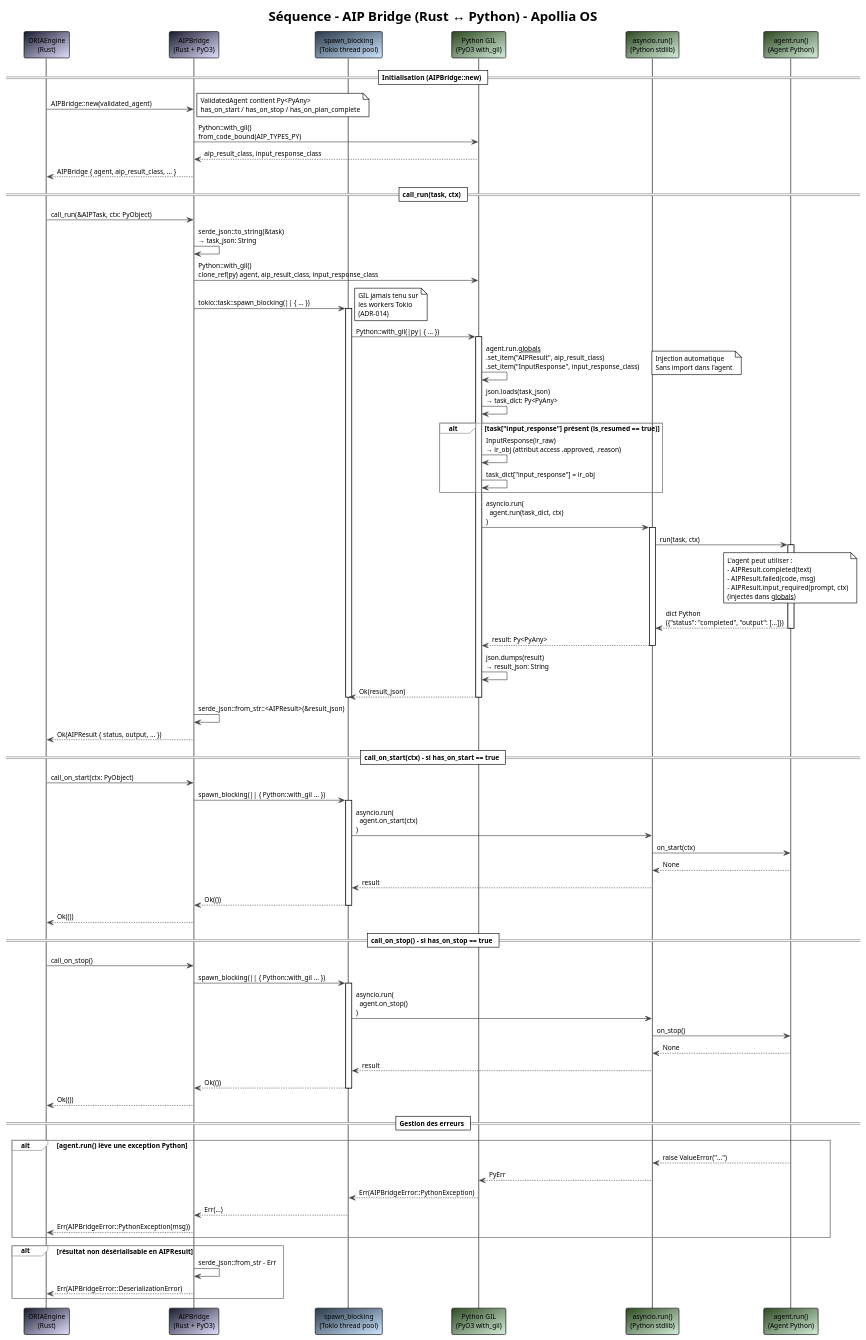
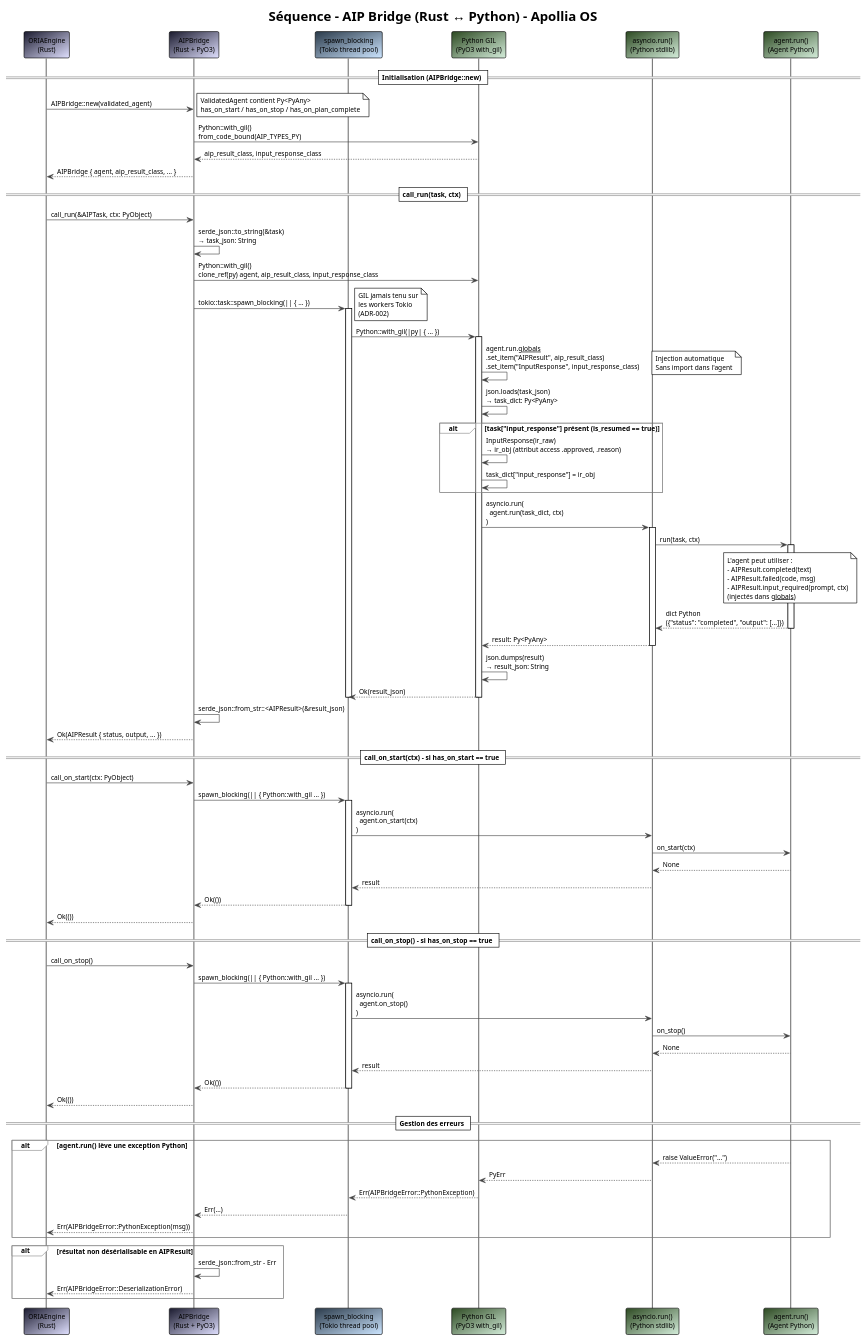
One commit to nidal-z/apollia-os changed the diagram in docs/diagrams/seq-aip-bridge.puml. Above: the diagram before and after it, drawn with PlantUML. The commit also changed 266 other files, not shown here.

```diff
--- a/docs/diagrams/seq-aip-bridge.puml
+++ b/docs/diagrams/seq-aip-bridge.puml
@@ -1,118 +1,118 @@
 @startuml seq-aip-bridge
 !theme plain
 skinparam backgroundColor #FFFFFF
 skinparam defaultFontName "JetBrains Mono"
 skinparam defaultFontSize 11
 skinparam ArrowColor #444444
 skinparam BorderColor #444444
 skinparam SequenceGroupBorderColor #888888
 
 title Séquence - AIP Bridge (Rust ↔ Python) - Apollia OS
 
 participant "ORIAEngine\n(Rust)" as oria #1a1a2e/e0e0ff
 participant "AIPBridge\n(Rust + PyO3)" as bridge #1a1a2e/e0e0ff
 participant "spawn_blocking\n(Tokio thread pool)" as spawn #2a3a4a/cce5ff
 participant "Python GIL\n(PyO3 with_gil)" as pyo3 #2d4a22/d4edda
 participant "asyncio.run()\n(Python stdlib)" as asyncio #2d4a22/d4edda
 participant "agent.run()\n(Agent Python)" as agent #2d4a22/d4edda
 
 == Initialisation (AIPBridge::new) ==
 
 oria -> bridge : AIPBridge::new(validated_agent)
 note right : ValidatedAgent contient Py<PyAny>\nhas_on_start / has_on_stop / has_on_plan_complete
 
 bridge -> pyo3 : Python::with_gil()\nfrom_code_bound(AIP_TYPES_PY)
 pyo3 --> bridge : aip_result_class, input_response_class
 bridge --> oria : AIPBridge { agent, aip_result_class, ... }
 
 == call_run(task, ctx) ==
 
 oria -> bridge : call_run(&AIPTask, ctx: PyObject)
 
 bridge -> bridge : serde_json::to_string(&task)\n→ task_json: String
 
 bridge -> pyo3 : Python::with_gil()\nclone_ref(py) agent, aip_result_class, input_response_class
 
 bridge -> spawn : tokio::task::spawn_blocking(|| { ... })
-note right : GIL jamais tenu sur\nles workers Tokio\n(ADR-014)
+note right : GIL jamais tenu sur\nles workers Tokio\n(ADR-002)
 
 activate spawn
 spawn -> pyo3 : Python::with_gil(|py| { ... })
 activate pyo3
 
 pyo3 -> pyo3 : agent.run.__globals__\n.set_item("AIPResult", aip_result_class)\n.set_item("InputResponse", input_response_class)
 note right : Injection automatique\nSans import dans l'agent
 
 pyo3 -> pyo3 : json.loads(task_json)\n→ task_dict: Py<PyAny>
 
 alt task["input_response"] présent (is_resumed == true)
   pyo3 -> pyo3 : InputResponse(ir_raw)\n→ ir_obj (attribut access .approved, .reason)
   pyo3 -> pyo3 : task_dict["input_response"] = ir_obj
 end
 
 pyo3 -> asyncio : asyncio.run(\n  agent.run(task_dict, ctx)\n)
 activate asyncio
 
 asyncio -> agent : run(task, ctx)
 activate agent
 
 note over agent : L'agent peut utiliser :\n- AIPResult.completed(text)\n- AIPResult.failed(code, msg)\n- AIPResult.input_required(prompt, ctx)\n(injectés dans __globals__)
 
 agent --> asyncio : dict Python\n({"status": "completed", "output": [...]})
 deactivate agent
 
 asyncio --> pyo3 : result: Py<PyAny>
 deactivate asyncio
 
 pyo3 -> pyo3 : json.dumps(result)\n→ result_json: String
 
 pyo3 --> spawn : Ok(result_json)
 deactivate pyo3
 deactivate spawn
 
 bridge -> bridge : serde_json::from_str::<AIPResult>(&result_json)
 
 bridge --> oria : Ok(AIPResult { status, output, ... })
 
 == call_on_start(ctx) - si has_on_start == true ==
 
 oria -> bridge : call_on_start(ctx: PyObject)
 bridge -> spawn : spawn_blocking(|| { Python::with_gil ... })
 activate spawn
 spawn -> asyncio : asyncio.run(\n  agent.on_start(ctx)\n)
 asyncio -> agent : on_start(ctx)
 agent --> asyncio : None
 asyncio --> spawn : result
 spawn --> bridge : Ok(())
 deactivate spawn
 bridge --> oria : Ok(())
 
 == call_on_stop() - si has_on_stop == true ==
 
 oria -> bridge : call_on_stop()
 bridge -> spawn : spawn_blocking(|| { Python::with_gil ... })
 activate spawn
 spawn -> asyncio : asyncio.run(\n  agent.on_stop()\n)
 asyncio -> agent : on_stop()
 agent --> asyncio : None
 asyncio --> spawn : result
 spawn --> bridge : Ok(())
 deactivate spawn
 bridge --> oria : Ok(())
 
 == Gestion des erreurs ==
 
 alt agent.run() lève une exception Python
   agent --> asyncio : raise ValueError("...")
   asyncio --> pyo3 : PyErr
   pyo3 --> spawn : Err(AIPBridgeError::PythonException)
   spawn --> bridge : Err(...)
   bridge --> oria : Err(AIPBridgeError::PythonException(msg))
 end
 
 alt résultat non désérialisable en AIPResult
   bridge -> bridge : serde_json::from_str - Err
   bridge --> oria : Err(AIPBridgeError::DeserializationError)
 end
 
 @enduml
```
